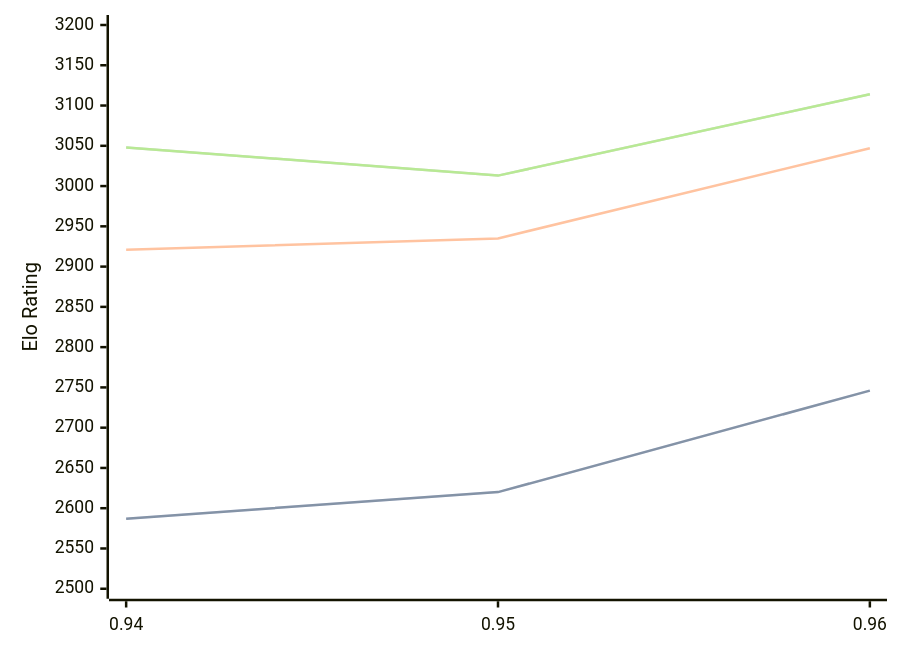
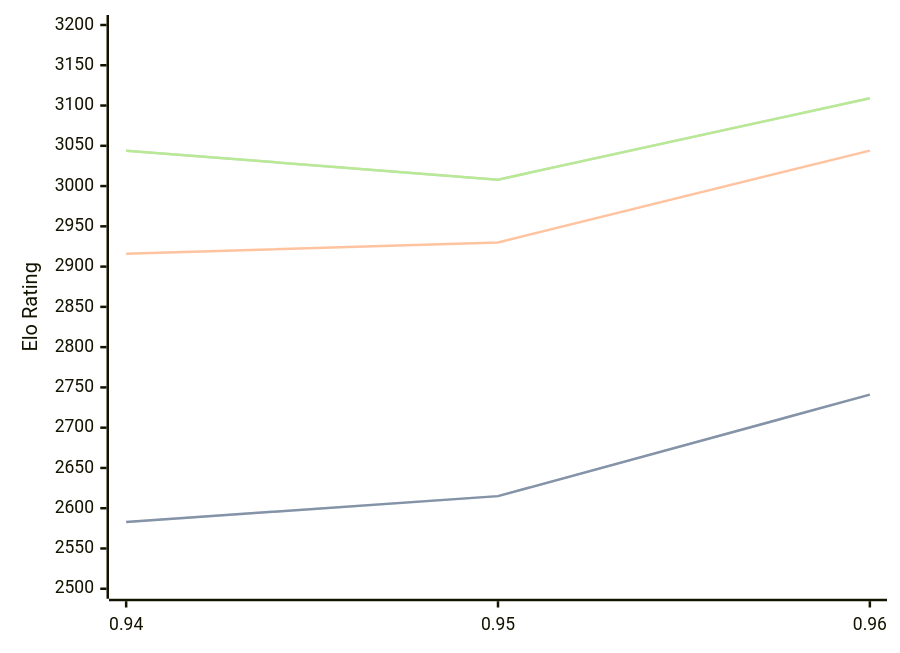
One commit to computer-chess-index/cci changed the third of 3 diagrams in engines/Myrddin.md. Above: the diagram before and after it, drawn with Mermaid. The commit also changed other lines of this file, not shown here.

Commit message:
Update CCI Ratings (ELO VLTC) - 2026-07-16

````diff
--- a/engines/Myrddin.md
+++ b/engines/Myrddin.md
@@ -71,11 +71,11 @@
 ```mermaid
 %%{init: {"theme":"base","themeVariables":{"seriesColors:['#a3a3a3','#222221','#faa371']}}}%%
 xychart-beta
   x-axis ["0.94", "0.95", "0.96"]
   y-axis "Elo Rating" 2500 --> 3200
-  line "STC (8.0+0.08s)" [2587, 2620, 2746]
-  line "STC (8.0+0.08s)" [2587, 2620, 2746]
-  line "LTC (60.0+0.60s)" [2921, 2935, 3047]
-  line "VLTC (2m24s+1.12s)" [3048, 3013, 3114]
-  line "VLTC (2m24s+1.12s)" [3048, 3013, 3114]
+  line "STC (8.0+0.08s)" [2583, 2615, 2741]
+  line "STC (8.0+0.08s)" [2583, 2615, 2741]
+  line "LTC (60.0+0.60s)" [2916, 2930, 3044]
+  line "VLTC (2m24s+1.12s)" [3044, 3008, 3109]
+  line "VLTC (2m24s+1.12s)" [3044, 3008, 3109]
 ```
````
